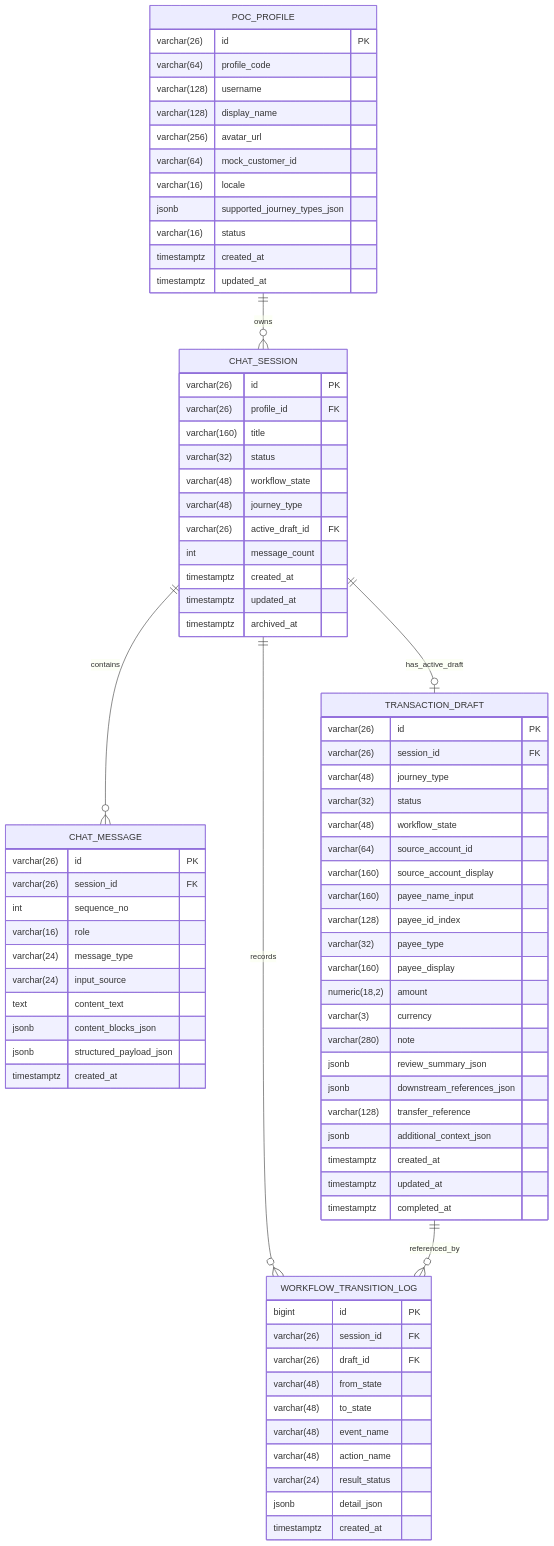
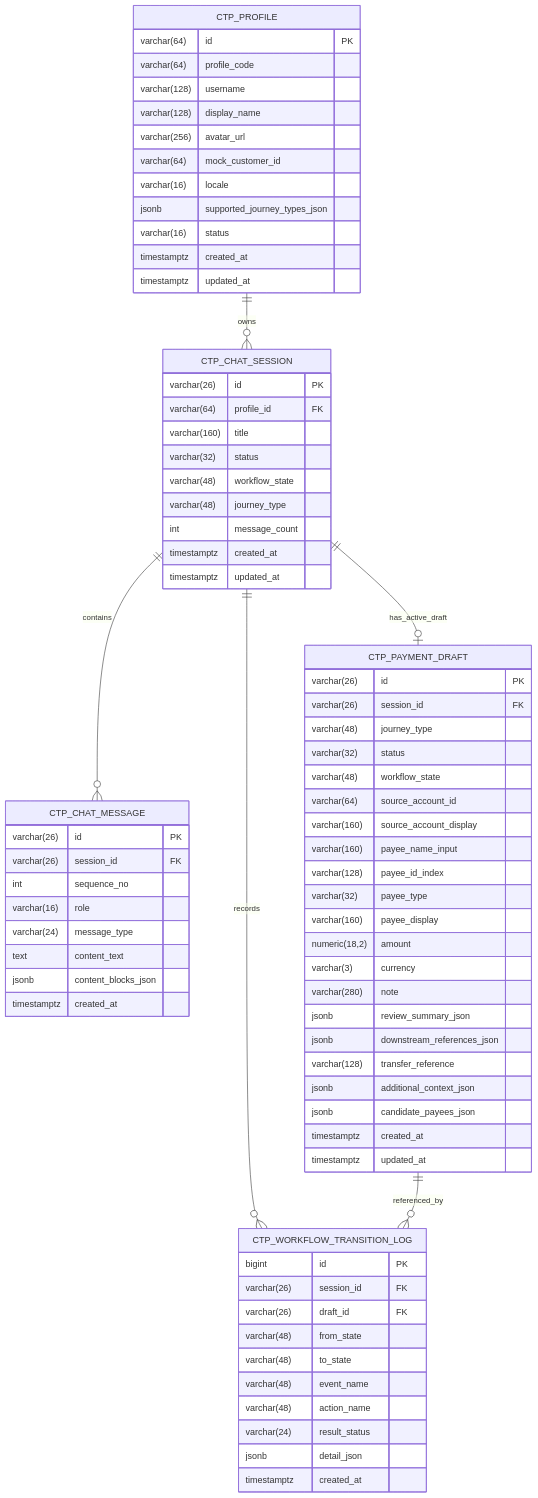
Before and after one commit to VictorZhong/chat2pay: the diagram in docs/03-db_design.md, drawn with Mermaid. The commit also changed other lines of this file and 18 other files, not shown here.

````diff
--- a/docs/03-db_design.md
+++ b/docs/03-db_design.md
@@ -27,13 +32,13 @@
 ```mermaid
 erDiagram
-    POC_PROFILE ||--o{ CHAT_SESSION : owns
-    CHAT_SESSION ||--o{ CHAT_MESSAGE : contains
-    CHAT_SESSION ||--o| TRANSACTION_DRAFT : has_active_draft
-    CHAT_SESSION ||--o{ WORKFLOW_TRANSITION_LOG : records
-    TRANSACTION_DRAFT ||--o{ WORKFLOW_TRANSITION_LOG : referenced_by
+    CTP_PROFILE ||--o{ CTP_CHAT_SESSION : owns
+    CTP_CHAT_SESSION ||--o{ CTP_CHAT_MESSAGE : contains
+    CTP_CHAT_SESSION ||--o| CTP_PAYMENT_DRAFT : has_active_draft
+    CTP_CHAT_SESSION ||--o{ CTP_WORKFLOW_TRANSITION_LOG : records
+    CTP_PAYMENT_DRAFT ||--o{ CTP_WORKFLOW_TRANSITION_LOG : referenced_by
 
-    POC_PROFILE {
-        varchar(26) id PK
+    CTP_PROFILE {
+        varchar(64) id PK
         varchar(64) profile_code
         varchar(128) username
         varchar(128) display_name
@@ -46,34 +51,30 @@
         timestamptz updated_at
     }
 
-    CHAT_SESSION {
+    CTP_CHAT_SESSION {
         varchar(26) id PK
-        varchar(26) profile_id FK
+        varchar(64) profile_id FK
         varchar(160) title
         varchar(32) status
         varchar(48) workflow_state
         varchar(48) journey_type
-        varchar(26) active_draft_id FK
         int message_count
         timestamptz created_at
         timestamptz updated_at
-        timestamptz archived_at
     }
 
-    CHAT_MESSAGE {
+    CTP_CHAT_MESSAGE {
         varchar(26) id PK
         varchar(26) session_id FK
         int sequence_no
         varchar(16) role
         varchar(24) message_type
-        varchar(24) input_source
         text content_text
         jsonb content_blocks_json
-        jsonb structured_payload_json
         timestamptz created_at
     }
 
-    TRANSACTION_DRAFT {
+    CTP_PAYMENT_DRAFT {
         varchar(26) id PK
         varchar(26) session_id FK
         varchar(48) journey_type
@@ -92,12 +93,12 @@
         jsonb downstream_references_json
         varchar(128) transfer_reference
         jsonb additional_context_json
+        jsonb candidate_payees_json
         timestamptz created_at
         timestamptz updated_at
-        timestamptz completed_at
     }
 
-    WORKFLOW_TRANSITION_LOG {
+    CTP_WORKFLOW_TRANSITION_LOG {
         bigint id PK
         varchar(26) session_id FK
         varchar(26) draft_id FK
````
